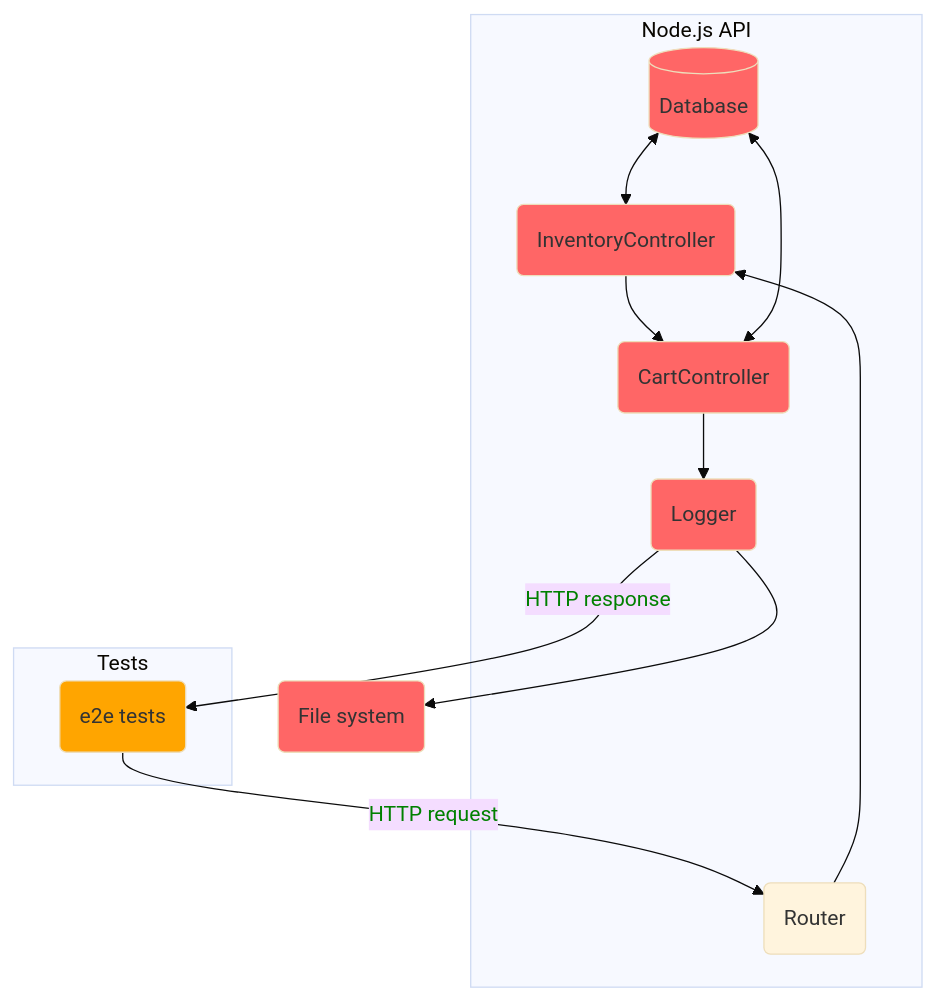
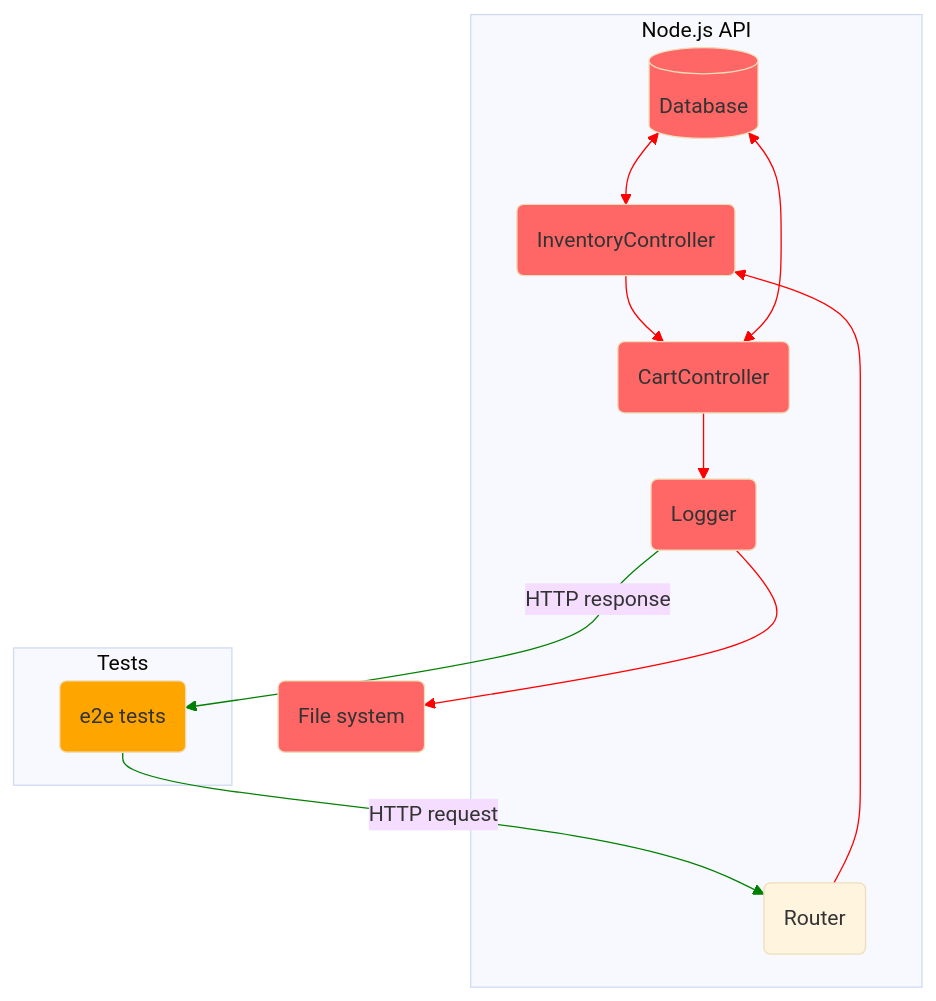
One commit to aleksandr-kiliushin/learning changed the diagram in summaries/testing-javascript-applications.md. Above: the diagram before and after it, drawn with Mermaid (base theme). The commit also changed other lines of this file, not shown here.

Commit message:
Style diagram

````diff
--- a/summaries/testing-javascript-applications.md
+++ b/summaries/testing-javascript-applications.md
@@ -19,30 +19,31 @@
 ```mermaid
   flowchart TB
-    classDef red fill:#ff6666;
-    classDef orange fill:orange;
-    linkStyle default color:green;
-
     db[(Database)]
     router(Router)
     e2e-tests(e2e tests)
     logger(Logger)
     InventoryController(InventoryController)
     CartController(CartController)
     file-system(File system)
 
     subgraph Node.js API
       router-->InventoryController
       InventoryController:::red-->CartController
       db:::red<-->InventoryController
       db<-->CartController
       CartController:::red-->logger:::red
     end
 
     subgraph Tests
       e2e-tests:::orange
     end
 
     logger-->file-system:::red
     e2e-tests--HTTP request-->router
     logger--HTTP response-->e2e-tests
+
+    classDef red fill:#ff6666;
+    classDef orange fill:orange;
+    linkStyle 0,1,2,3,4,5 stroke:red  ;
+    linkStyle 6,7         stroke:green;
 ```
````
